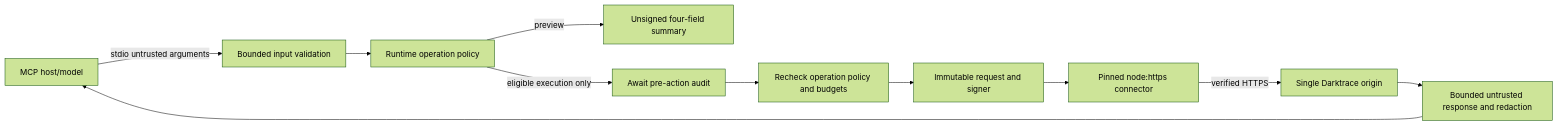
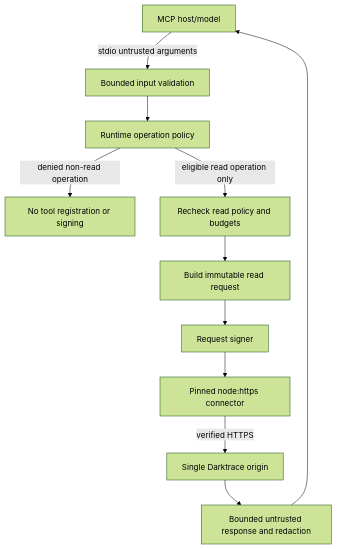
One commit to nuoframework/darktrace-mcp changed the fourth of 4 diagrams in docs/architecture.md. Above: the diagram before and after it, drawn with Mermaid (forest theme). The commit also changed other lines of this file and 164 other files, not shown here.

````diff
--- a/docs/architecture.md
+++ b/docs/architecture.md
@@ -29,13 +141,13 @@
 ```mermaid
-flowchart LR
+flowchart TB
     H[MCP host/model] -->|stdio untrusted arguments| V[Bounded input validation]
     V --> P[Runtime operation policy]
-    P -->|preview| D[Unsigned four-field summary]
-    P -->|eligible execution only| A[Await pre-action audit]
-    A --> O[Recheck operation policy and budgets]
-    O --> S[Immutable request and signer]
+    P -->|denied non-read operation| D[No tool registration or signing]
+    P -->|eligible read operation only| O[Recheck read policy and budgets]
+    O --> B[Build immutable read request]
+    B --> S[Request signer]
     S --> N[Pinned node:https connector]
     N -->|verified HTTPS| DT[Single Darktrace origin]
     DT --> R[Bounded untrusted response and redaction]
     R --> H
 ```
````
